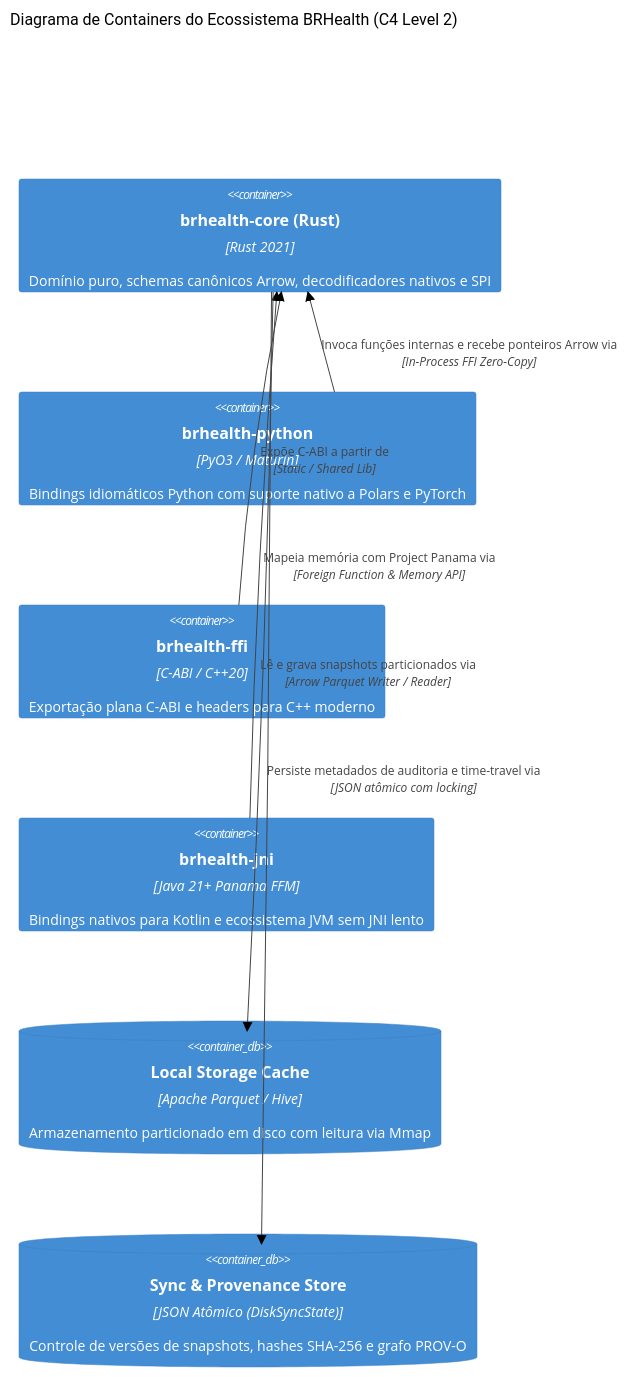
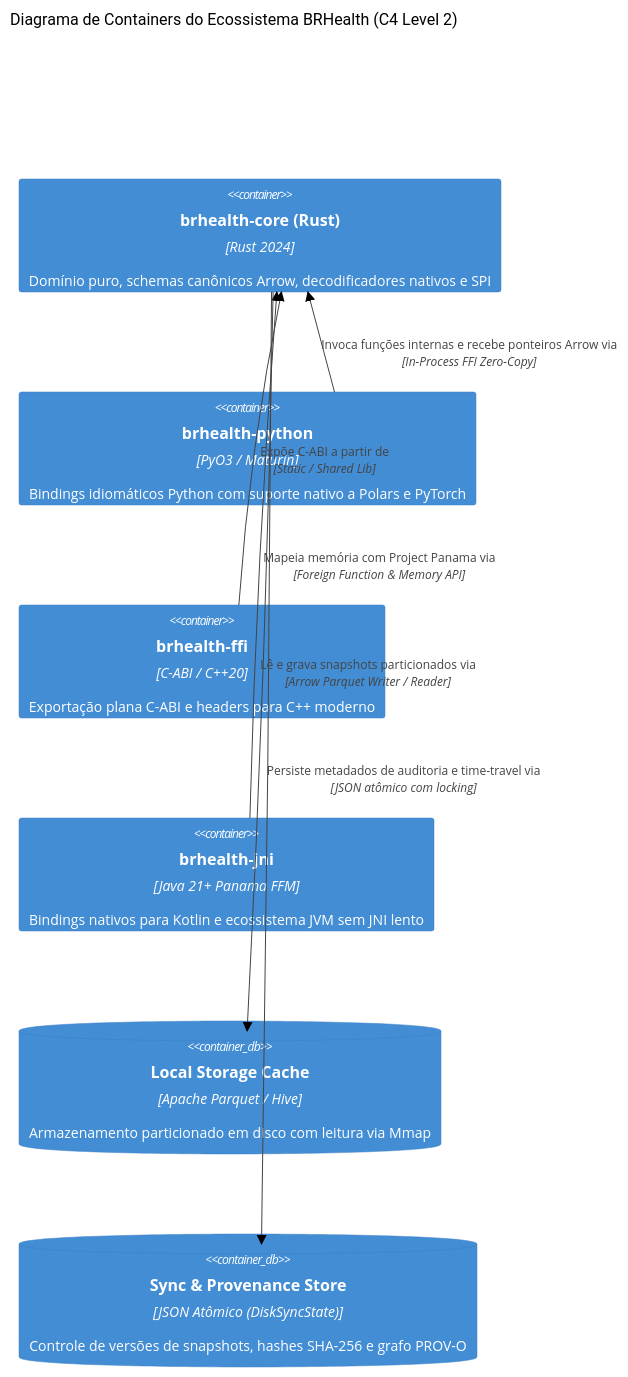
One commit to MarcelDevBr/brhealth changed the second of 3 diagrams in docs/architecture/sdd_brhealth.md. Above: the diagram before and after it, drawn with Mermaid (neutral theme). The commit also changed other lines of this file and 4 other files, not shown here.

Commit message:
docs: update architecture SPI definition and add comprehensive development and installation guides.

````diff
--- a/docs/architecture/sdd_brhealth.md
+++ b/docs/architecture/sdd_brhealth.md
@@ -80,19 +80,19 @@
 ```mermaid
 C4Container
     title Diagrama de Containers do Ecossistema BRHealth (C4 Level 2)
 
-    Container(core, "brhealth-core (Rust)", "Rust 2021", "Domínio puro, schemas canônicos Arrow, decodificadores nativos e SPI")
+    Container(core, "brhealth-core (Rust)", "Rust 2024", "Domínio puro, schemas canônicos Arrow, decodificadores nativos e SPI")
     Container(py_lib, "brhealth-python", "PyO3 / Maturin", "Bindings idiomáticos Python com suporte nativo a Polars e PyTorch")
     Container(ffi_lib, "brhealth-ffi", "C-ABI / C++20", "Exportação plana C-ABI e headers para C++ moderno")
     Container(jvm_lib, "brhealth-jni", "Java 21+ Panama FFM", "Bindings nativos para Kotlin e ecossistema JVM sem JNI lento")
 
     ContainerDb(cache_hive, "Local Storage Cache", "Apache Parquet / Hive", "Armazenamento particionado em disco com leitura via Mmap")
     ContainerDb(disk_sync, "Sync & Provenance Store", "JSON Atômico (DiskSyncState)", "Controle de versões de snapshots, hashes SHA-256 e grafo PROV-O")
 
     Rel(py_lib, core, "Invoca funções internas e recebe ponteiros Arrow via", "In-Process FFI Zero-Copy")
     Rel(ffi_lib, core, "Expõe C-ABI a partir de", "Static / Shared Lib")
     Rel(jvm_lib, core, "Mapeia memória com Project Panama via", "Foreign Function & Memory API")
 
     Rel(core, cache_hive, "Lê e grava snapshots particionados via", "Arrow Parquet Writer / Reader")
     Rel(core, disk_sync, "Persiste metadados de auditoria e time-travel via", "JSON atômico com locking")
 ```
````
